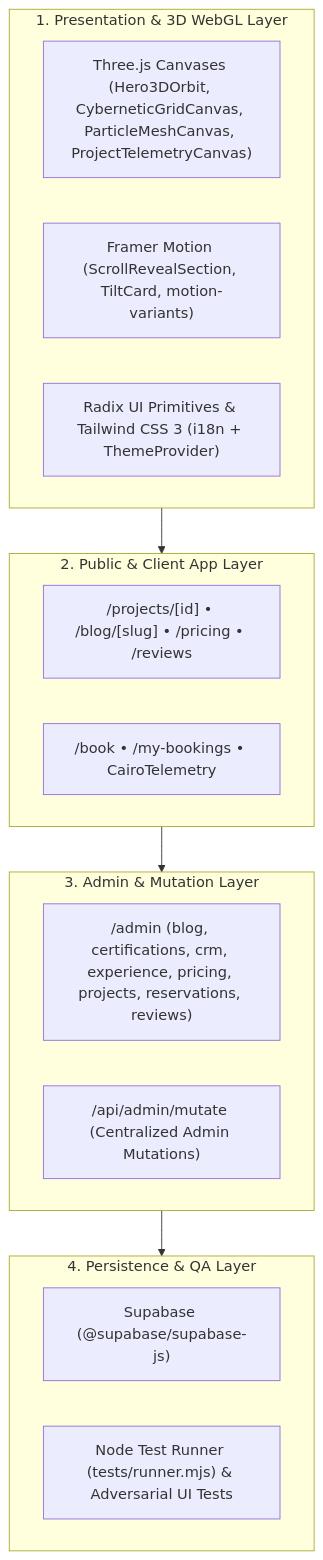
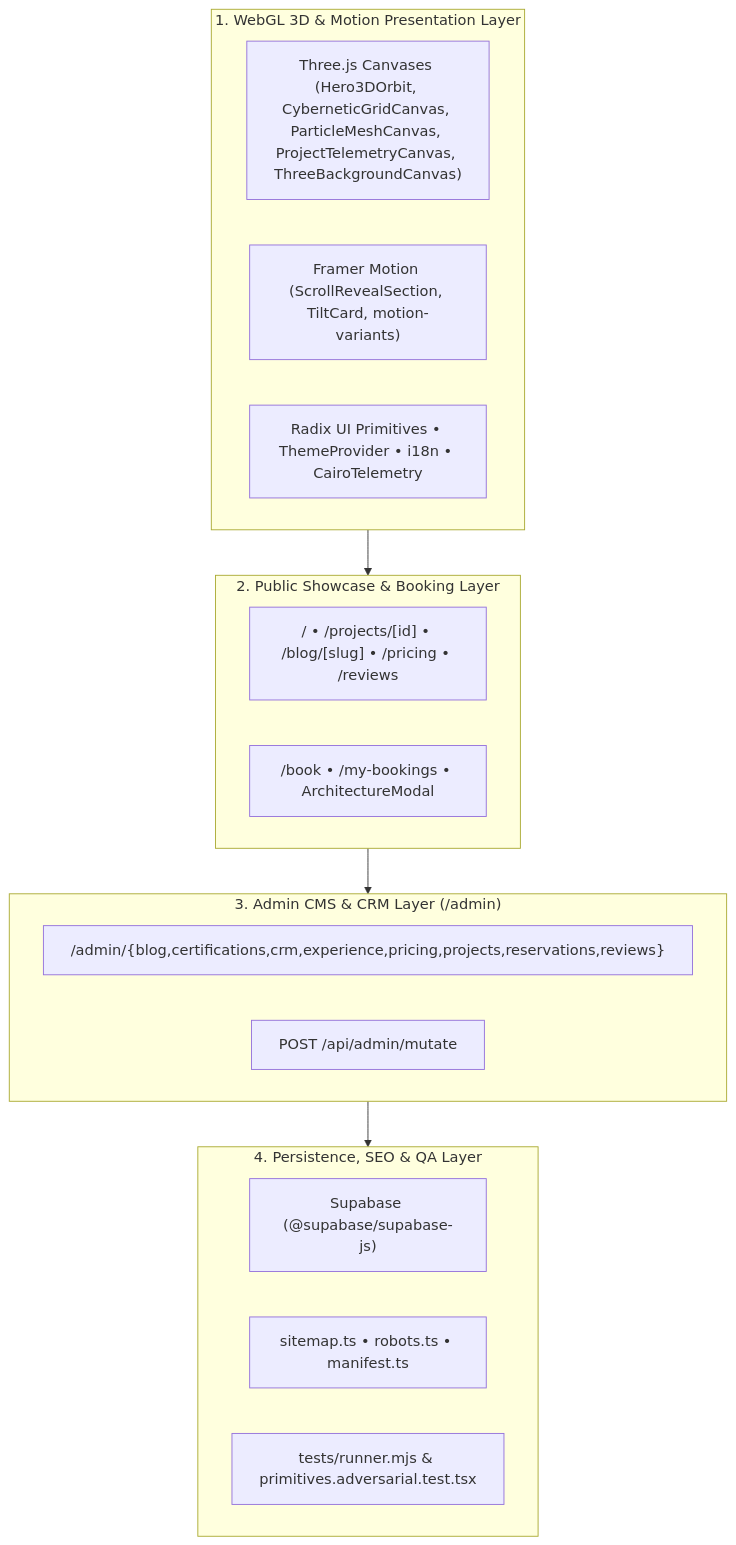
The diagram in README.md (islamsamyy/ISLAMSAMYPROTOFILIO), drawn with Mermaid before and after one commit. The commit also changed other lines of this file, not shown here.

Commit message:
docs: add ultra-detailed architecture, schemas, visual showcase, APIs, and business ROI

````diff
--- a/README.md
+++ b/README.md
@@ -14,25 +34,26 @@
 ```mermaid
 flowchart TB
-    subgraph L1["1. Presentation & 3D WebGL Layer"]
-        WebGL["Three.js Canvases (Hero3DOrbit, CyberneticGridCanvas, ParticleMeshCanvas, ProjectTelemetryCanvas)"]
+    subgraph L1["1. WebGL 3D & Motion Presentation Layer"]
+        Three["Three.js Canvases (Hero3DOrbit, CyberneticGridCanvas, ParticleMeshCanvas, ProjectTelemetryCanvas, ThreeBackgroundCanvas)"]
         Motion["Framer Motion (ScrollRevealSection, TiltCard, motion-variants)"]
-        UI["Radix UI Primitives & Tailwind CSS 3 (i18n + ThemeProvider)"]
+        UI["Radix UI Primitives • ThemeProvider • i18n • CairoTelemetry"]
     end
 
-    subgraph L2["2. Public & Client App Layer"]
-        Public["/projects/[id] • /blog/[slug] • /pricing • /reviews"]
-        Booking["/book • /my-bookings • CairoTelemetry"]
+    subgraph L2["2. Public Showcase & Booking Layer"]
+        Pub["/ • /projects/[id] • /blog/[slug] • /pricing • /reviews"]
+        Book["/book • /my-bookings • ArchitectureModal"]
     end
 
-    subgraph L3["3. Admin & Mutation Layer"]
-        Admin["/admin (blog, certifications, crm, experience, pricing, projects, reservations, reviews)"]
-        MutateAPI["/api/admin/mutate (Centralized Admin Mutations)"]
+    subgraph L3["3. Admin CMS & CRM Layer (/admin)"]
+        Admin["/admin/{blog,certifications,crm,experience,pricing,projects,reservations,reviews}"]
+        Mutate["POST /api/admin/mutate"]
     end
 
-    subgraph L4["4. Persistence & QA Layer"]
+    subgraph L4["4. Persistence, SEO & QA Layer"]
         Supa["Supabase (@supabase/supabase-js)"]
-        Tests["Node Test Runner (tests/runner.mjs) & Adversarial UI Tests"]
+        SEO["sitemap.ts • robots.ts • manifest.ts"]
+        QA["tests/runner.mjs & primitives.adversarial.test.tsx"]
     end
 
     L1 --> L2 --> L3 --> L4
 ```
````
